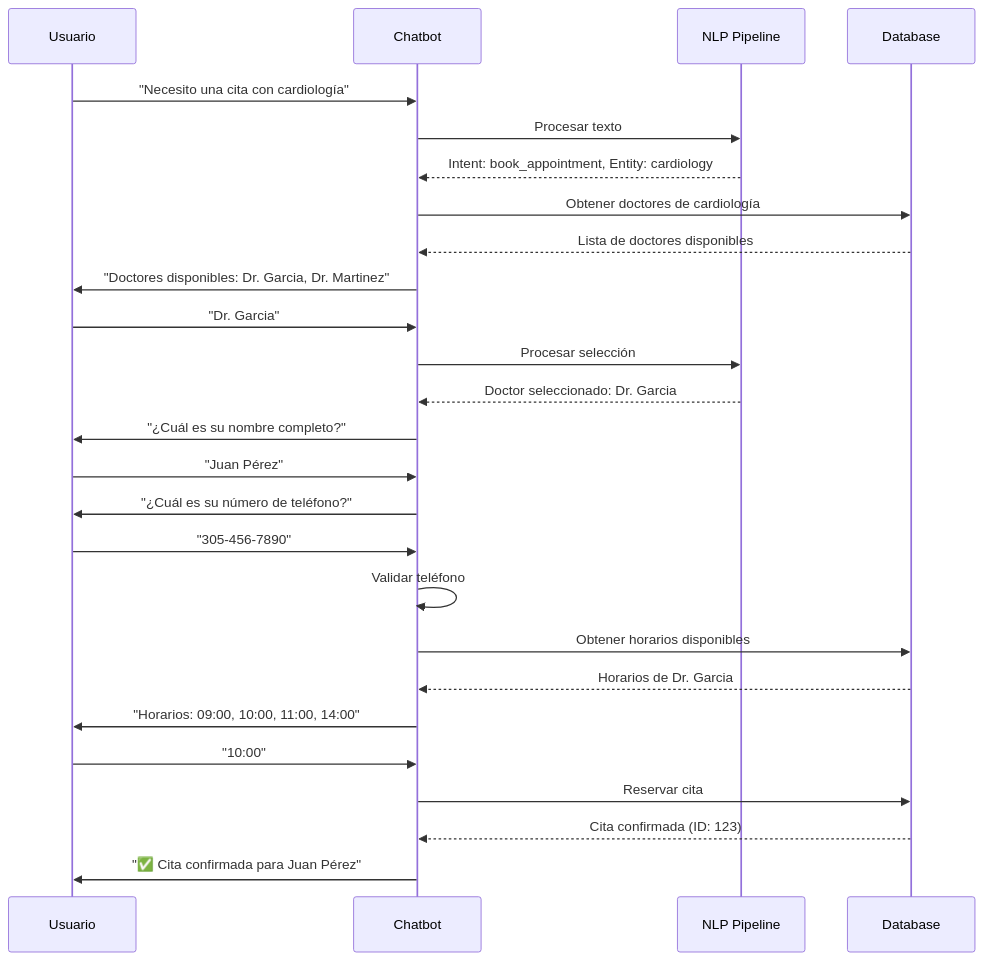
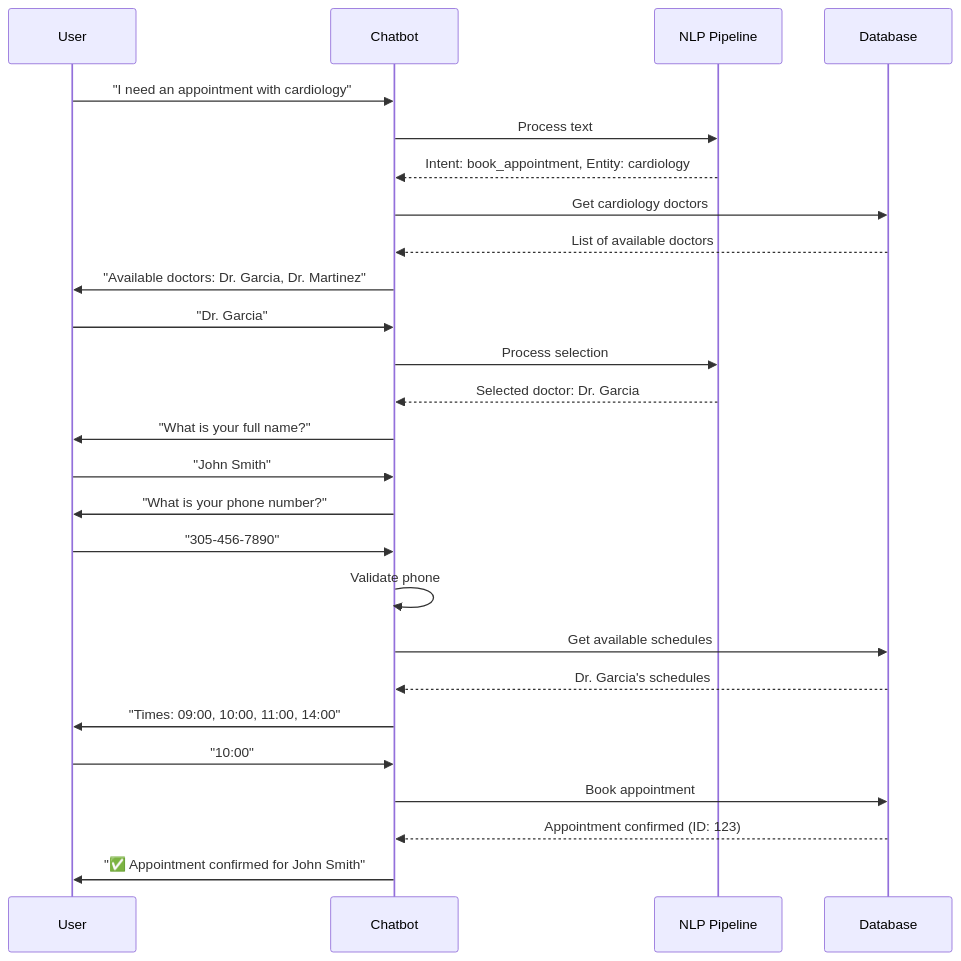
Before and after one commit to horacefonseca/ped_ass_chatbot: the fourth of 6 diagrams in CHATBOT_DESIGN_FLOW.md, drawn with Mermaid. The commit also changed other lines of this file, not shown here.

````diff
--- a/CHATBOT_DESIGN_FLOW.md
+++ b/CHATBOT_DESIGN_FLOW.md
@@ -135,35 +135,35 @@
 ```mermaid
 sequenceDiagram
-    participant U as Usuario
+    participant U as User
     participant C as Chatbot
     participant N as NLP Pipeline
     participant D as Database
     
-    U->>C: "Necesito una cita con cardiología"
-    C->>N: Procesar texto
+    U->>C: "I need an appointment with cardiology"
+    C->>N: Process text
     N-->>C: Intent: book_appointment, Entity: cardiology
     
-    C->>D: Obtener doctores de cardiología
-    D-->>C: Lista de doctores disponibles
-    C->>U: "Doctores disponibles: Dr. Garcia, Dr. Martinez"
+    C->>D: Get cardiology doctors
+    D-->>C: List of available doctors
+    C->>U: "Available doctors: Dr. Garcia, Dr. Martinez"
     
     U->>C: "Dr. Garcia"
-    C->>N: Procesar selección
-    N-->>C: Doctor seleccionado: Dr. Garcia
+    C->>N: Process selection
+    N-->>C: Selected doctor: Dr. Garcia
     
-    C->>U: "¿Cuál es su nombre completo?"
-    U->>C: "Juan Pérez"
+    C->>U: "What is your full name?"
+    U->>C: "John Smith"
     
-    C->>U: "¿Cuál es su número de teléfono?"
+    C->>U: "What is your phone number?"
     U->>C: "305-456-7890"
-    C->>C: Validar teléfono
+    C->>C: Validate phone
     
-    C->>D: Obtener horarios disponibles
-    D-->>C: Horarios de Dr. Garcia
-    C->>U: "Horarios: 09:00, 10:00, 11:00, 14:00"
+    C->>D: Get available schedules
+    D-->>C: Dr. Garcia's schedules
+    C->>U: "Times: 09:00, 10:00, 11:00, 14:00"
     
     U->>C: "10:00"
-    C->>D: Reservar cita
-    D-->>C: Cita confirmada (ID: 123)
-    C->>U: "✅ Cita confirmada para Juan Pérez"
+    C->>D: Book appointment
+    D-->>C: Appointment confirmed (ID: 123)
+    C->>U: "✅ Appointment confirmed for John Smith"
 ```
````
